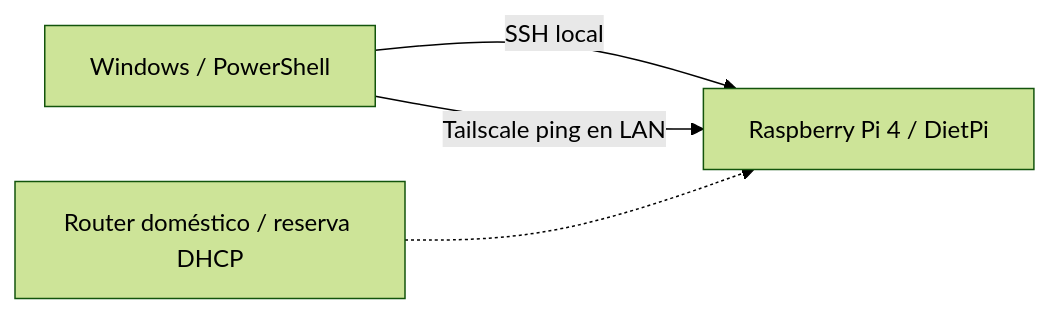
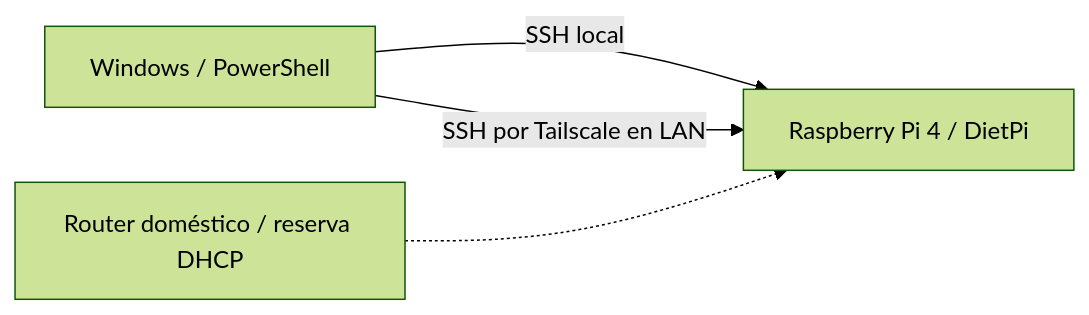
The first of 2 diagrams in README.md (afvv2602/pi-agents), drawn with Mermaid (forest theme) before and after one commit. The commit also changed other lines of this file and 2 other files, not shown here.

````diff
--- a/README.md
+++ b/README.md
@@ -54,6 +54,6 @@
 ```mermaid
 flowchart LR
     Win[Windows / PowerShell] -->|SSH local| Pi[Raspberry Pi 4 / DietPi]
-    Win -->|Tailscale ping en LAN| Pi
+    Win -->|SSH por Tailscale en LAN| Pi
     Router[Router doméstico / reserva DHCP] -.-> Pi
 ```
````
